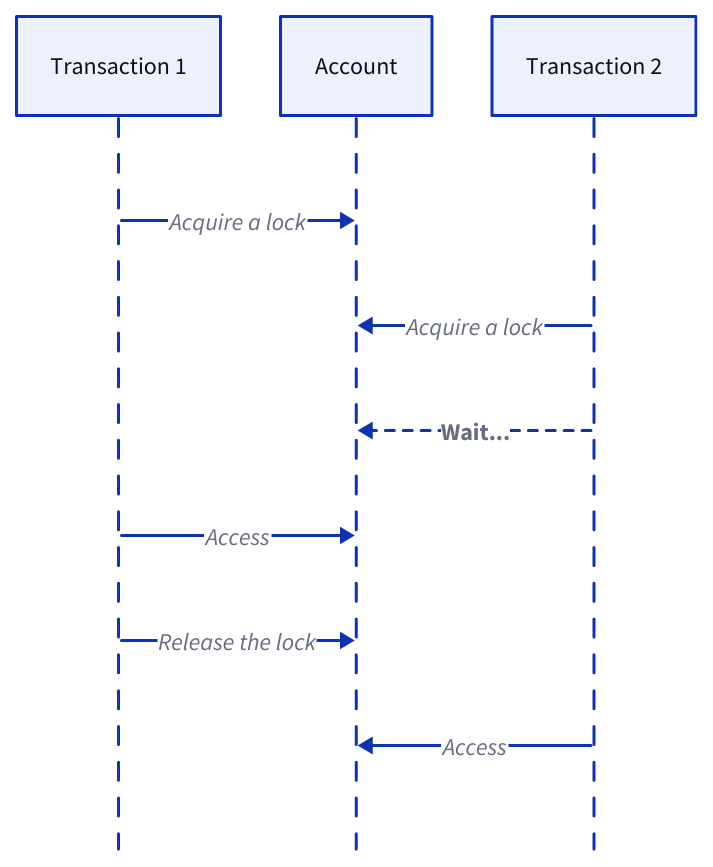
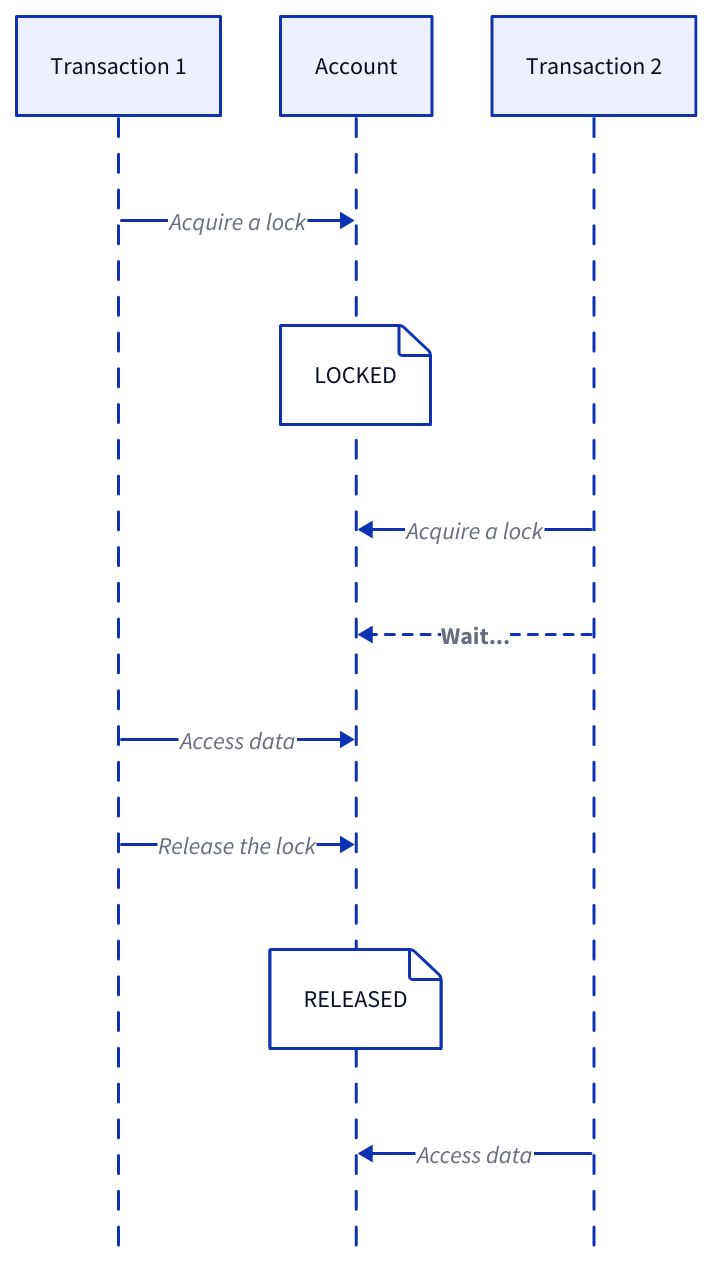
Before and after one commit to link1905/system-design-101: diagram 13 of 29 in content/docs/data-persistence/sql-database/concurrency-control.md, drawn with D2. The commit also changed other lines of this file and 49 other files, not shown here.

````diff
--- a/content/docs/data-persistence/sql-database/concurrency-control.md
+++ b/content/docs/data-persistence/sql-database/concurrency-control.md
@@ -432,15 +447,21 @@
 ```d2
 shape: sequence_diagram
 t1: Transaction 1
 a: Account
+t2: Transaction 2
 t1 -> a: Acquire a lock
-t2: Transaction 2
+a {
+  "LOCKED"
+}
 t2 -> a: "Acquire a lock"
 t2 -> a: Wait... {
     style.bold: true
     style.stroke-dash: 3
 }
-t1 -> a: Access
+t1 -> a: Access data
 t1 -> a: Release the lock
-t2 -> a: Access
+a {
+  "RELEASED"
+}
+t2 -> a: Access data
 ```
````
